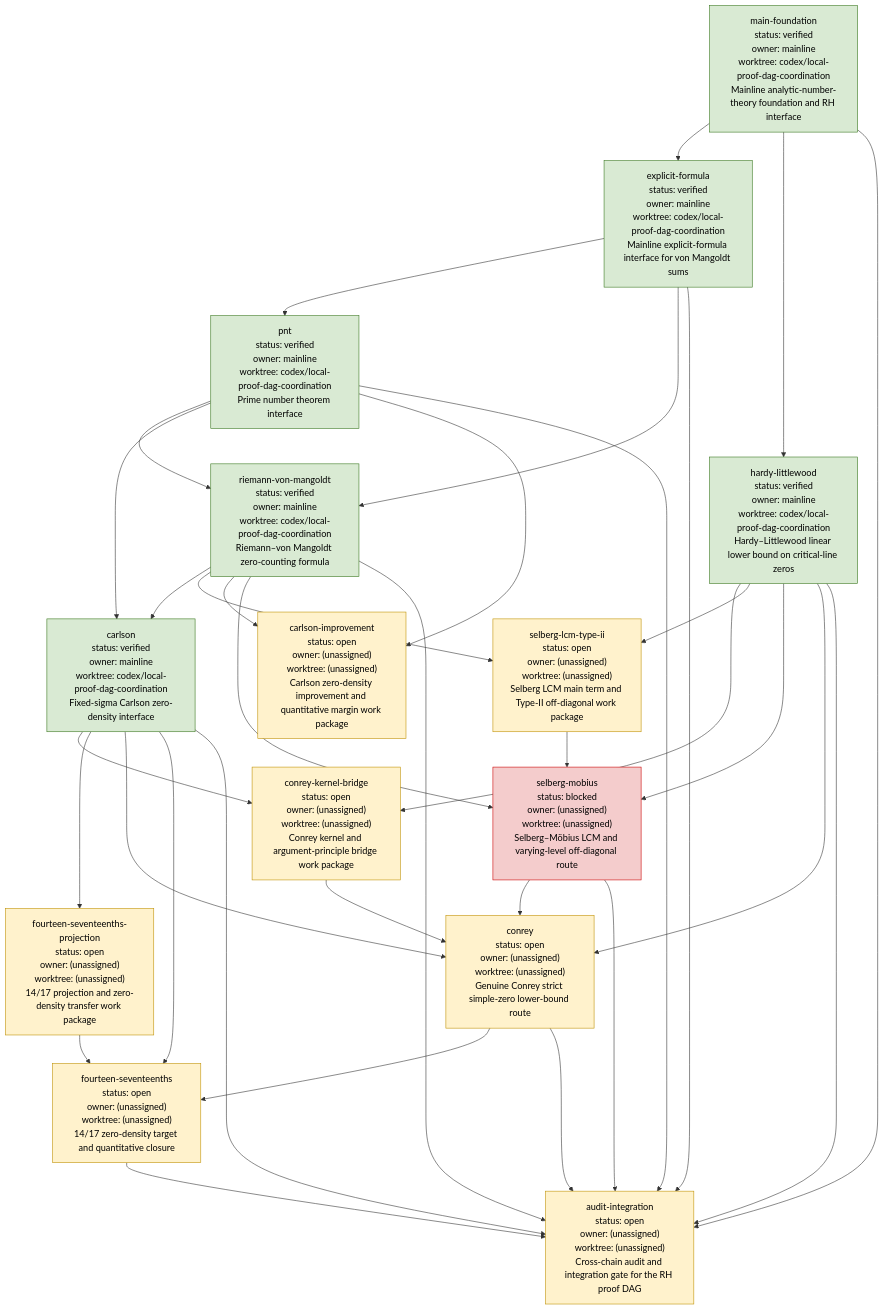
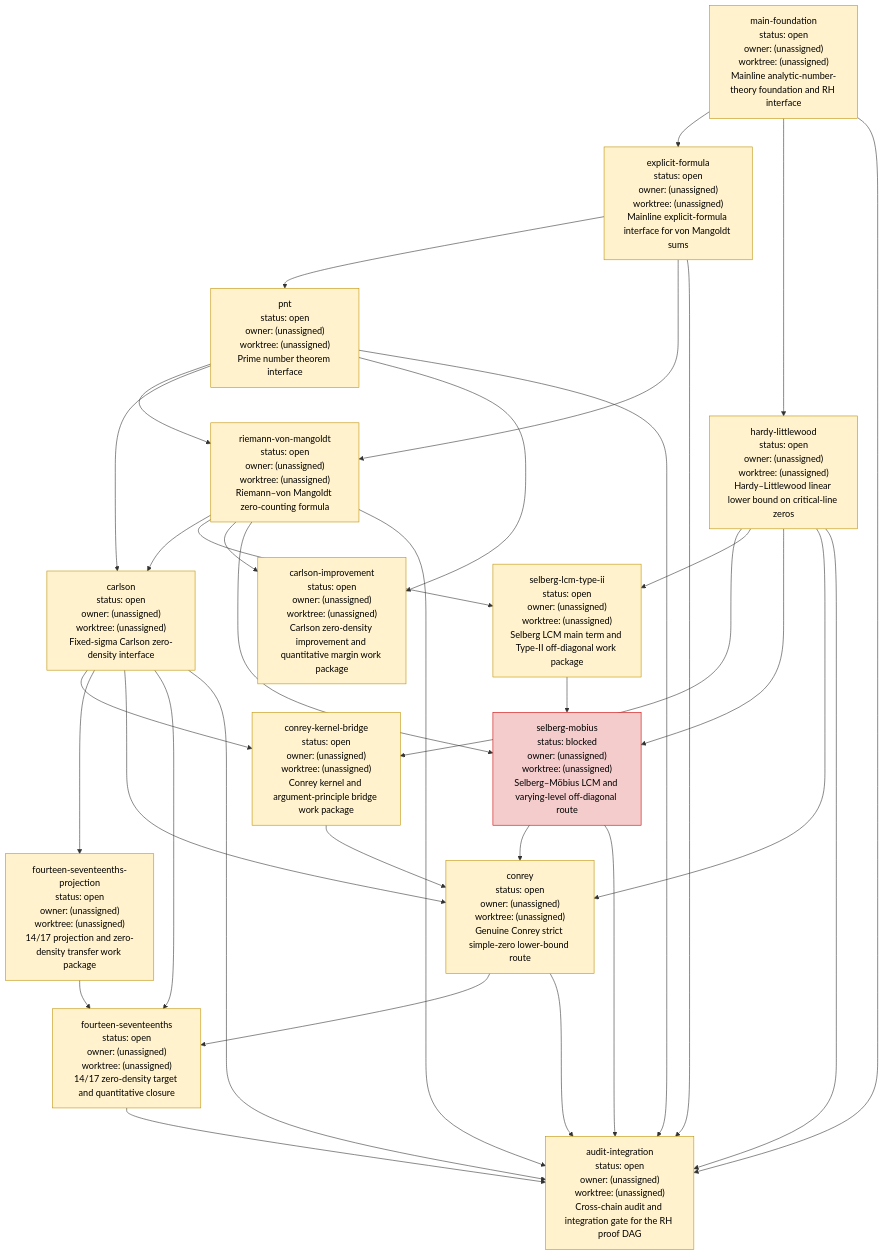
One commit to cc-chen-tech/riemann-pnt-lean4 changed the diagram in DAG.md. Above: the diagram before and after it, drawn with Mermaid. The commit also changed other lines of this file and 4 other files, not shown here.

Commit message:
fix: require proof-grade DAG acceptance evidence

````diff
--- a/DAG.md
+++ b/DAG.md
@@ -29,69 +29,69 @@
 ```mermaid
 flowchart TD
-    node_main_foundation["main-foundation<br/>status: verified<br/>owner: mainline<br/>worktree: codex/local-proof-dag-coordination<br/>Mainline analytic-number-theory foundation and RH interface"]
-    node_explicit_formula["explicit-formula<br/>status: verified<br/>owner: mainline<br/>worktree: codex/local-proof-dag-coordination<br/>Mainline explicit-formula interface for von Mangoldt sums"]
-    node_pnt["pnt<br/>status: verified<br/>owner: mainline<br/>worktree: codex/local-proof-dag-coordination<br/>Prime number theorem interface"]
-    node_riemann_von_mangoldt["riemann-von-mangoldt<br/>status: verified<br/>owner: mainline<br/>worktree: codex/local-proof-dag-coordination<br/>Riemann–von Mangoldt zero-counting formula"]
-    node_hardy_littlewood["hardy-littlewood<br/>status: verified<br/>owner: mainline<br/>worktree: codex/local-proof-dag-coordination<br/>Hardy–Littlewood linear lower bound on critical-line zeros"]
-    node_carlson["carlson<br/>status: verified<br/>owner: mainline<br/>worktree: codex/local-proof-dag-coordination<br/>Fixed-sigma Carlson zero-density interface"]
+    node_main_foundation["main-foundation<br/>status: open<br/>owner: (unassigned)<br/>worktree: (unassigned)<br/>Mainline analytic-number-theory foundation and RH interface"]
+    node_explicit_formula["explicit-formula<br/>status: open<br/>owner: (unassigned)<br/>worktree: (unassigned)<br/>Mainline explicit-formula interface for von Mangoldt sums"]
+    node_pnt["pnt<br/>status: open<br/>owner: (unassigned)<br/>worktree: (unassigned)<br/>Prime number theorem interface"]
+    node_riemann_von_mangoldt["riemann-von-mangoldt<br/>status: open<br/>owner: (unassigned)<br/>worktree: (unassigned)<br/>Riemann–von Mangoldt zero-counting formula"]
+    node_hardy_littlewood["hardy-littlewood<br/>status: open<br/>owner: (unassigned)<br/>worktree: (unassigned)<br/>Hardy–Littlewood linear lower bound on critical-line zeros"]
+    node_carlson["carlson<br/>status: open<br/>owner: (unassigned)<br/>worktree: (unassigned)<br/>Fixed-sigma Carlson zero-density interface"]
     node_conrey_kernel_bridge["conrey-kernel-bridge<br/>status: open<br/>owner: (unassigned)<br/>worktree: (unassigned)<br/>Conrey kernel and argument-principle bridge work package"]
     node_selberg_lcm_type_ii["selberg-lcm-type-ii<br/>status: open<br/>owner: (unassigned)<br/>worktree: (unassigned)<br/>Selberg LCM main term and Type-II off-diagonal work package"]
     node_carlson_improvement["carlson-improvement<br/>status: open<br/>owner: (unassigned)<br/>worktree: (unassigned)<br/>Carlson zero-density improvement and quantitative margin work package"]
     node_fourteen_seventeenths_projection["fourteen-seventeenths-projection<br/>status: open<br/>owner: (unassigned)<br/>worktree: (unassigned)<br/>14/17 projection and zero-density transfer work package"]
     node_selberg_mobius["selberg-mobius<br/>status: blocked<br/>owner: (unassigned)<br/>worktree: (unassigned)<br/>Selberg–Möbius LCM and varying-level off-diagonal route"]
     node_conrey["conrey<br/>status: open<br/>owner: (unassigned)<br/>worktree: (unassigned)<br/>Genuine Conrey strict simple-zero lower-bound route"]
     node_fourteen_seventeenths["fourteen-seventeenths<br/>status: open<br/>owner: (unassigned)<br/>worktree: (unassigned)<br/>14/17 zero-density target and quantitative closure"]
     node_audit_integration["audit-integration<br/>status: open<br/>owner: (unassigned)<br/>worktree: (unassigned)<br/>Cross-chain audit and integration gate for the RH proof DAG"]
     node_main_foundation --> node_explicit_formula
     node_explicit_formula --> node_pnt
     node_explicit_formula --> node_riemann_von_mangoldt
     node_pnt --> node_riemann_von_mangoldt
     node_main_foundation --> node_hardy_littlewood
     node_pnt --> node_carlson
     node_riemann_von_mangoldt --> node_carlson
     node_hardy_littlewood --> node_conrey_kernel_bridge
     node_carlson --> node_conrey_kernel_bridge
     node_hardy_littlewood --> node_selberg_lcm_type_ii
     node_riemann_von_mangoldt --> node_selberg_lcm_type_ii
     node_pnt --> node_carlson_improvement
     node_riemann_von_mangoldt --> node_carlson_improvement
     node_carlson --> node_fourteen_seventeenths_projection
     node_selberg_lcm_type_ii --> node_selberg_mobius
     node_hardy_littlewood --> node_selberg_mobius
     node_riemann_von_mangoldt --> node_selberg_mobius
     node_conrey_kernel_bridge --> node_conrey
     node_hardy_littlewood --> node_conrey
     node_selberg_mobius --> node_conrey
     node_carlson --> node_conrey
     node_fourteen_seventeenths_projection --> node_fourteen_seventeenths
     node_carlson --> node_fourteen_seventeenths
     node_conrey --> node_fourteen_seventeenths
     node_main_foundation --> node_audit_integration
     node_explicit_formula --> node_audit_integration
     node_pnt --> node_audit_integration
     node_riemann_von_mangoldt --> node_audit_integration
     node_hardy_littlewood --> node_audit_integration
     node_carlson --> node_audit_integration
     node_selberg_mobius --> node_audit_integration
     node_conrey --> node_audit_integration
     node_fourteen_seventeenths --> node_audit_integration
 
     classDef open fill:#fff2cc,stroke:#bf9000,color:#000;
     classDef claimed fill:#cfe2f3,stroke:#3d85c6,color:#000;
     classDef blocked fill:#f4cccc,stroke:#cc0000,color:#000;
     classDef verified fill:#d9ead3,stroke:#38761d,color:#000;
-    class node_main_foundation verified;
-    class node_explicit_formula verified;
-    class node_pnt verified;
-    class node_riemann_von_mangoldt verified;
-    class node_hardy_littlewood verified;
-    class node_carlson verified;
+    class node_main_foundation open;
+    class node_explicit_formula open;
+    class node_pnt open;
+    class node_riemann_von_mangoldt open;
+    class node_hardy_littlewood open;
+    class node_carlson open;
     class node_conrey_kernel_bridge open;
     class node_selberg_lcm_type_ii open;
     class node_carlson_improvement open;
     class node_fourteen_seventeenths_projection open;
     class node_selberg_mobius blocked;
     class node_conrey open;
     class node_fourteen_seventeenths open;
     class node_audit_integration open;
 ```
````
